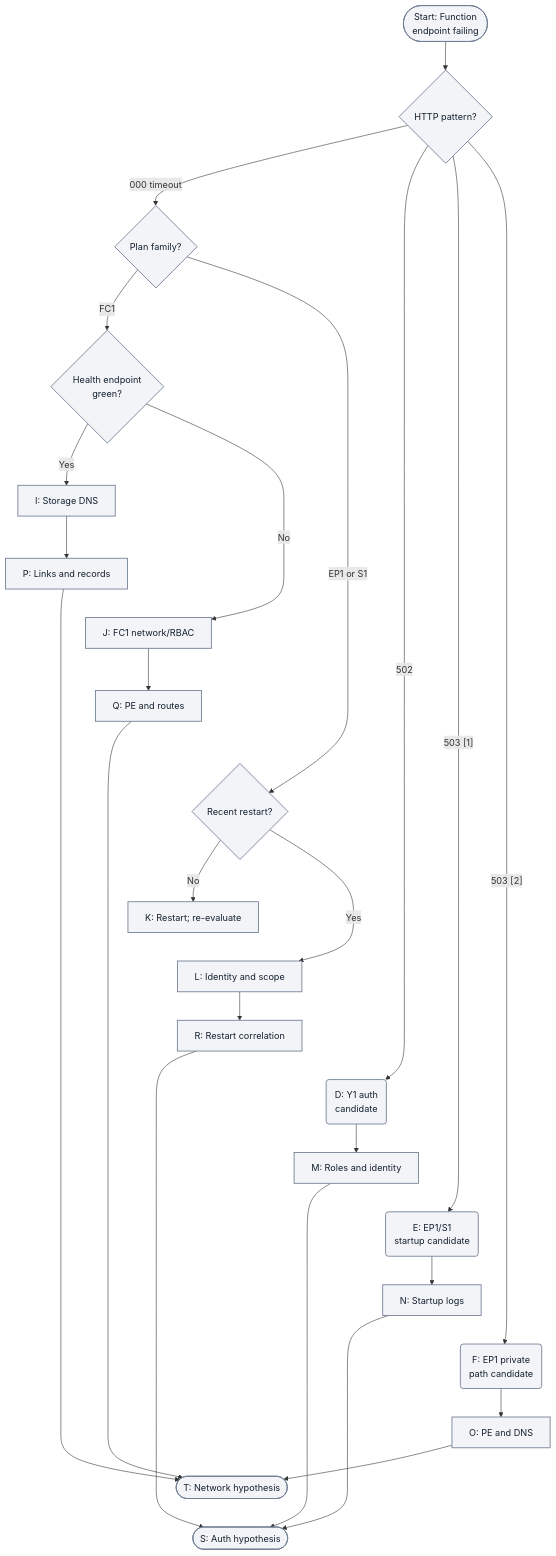
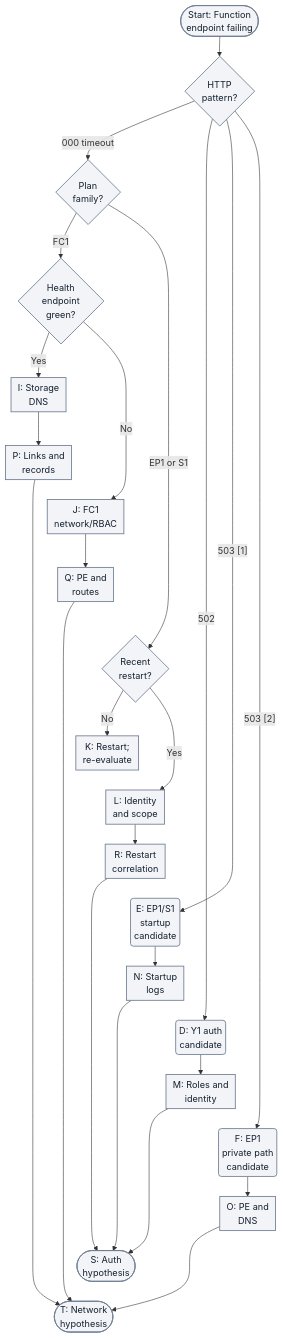
One commit to yeongseon/azure-functions-practical-guide changed the first of 2 diagrams in docs/troubleshooting/lab-guides/hosting-plan-comparison-matrix.md. Above: the diagram before and after it, drawn with Mermaid. The commit also changed other lines of this file and 1 other file, not shown here.

Commit message:
docs(diagrams): make hosting plan diagnostic tree legible on narrow screens (#569)

````diff
--- a/docs/troubleshooting/lab-guides/hosting-plan-comparison-matrix.md
+++ b/docs/troubleshooting/lab-guides/hosting-plan-comparison-matrix.md
@@ -93,45 +93,40 @@
 ```mermaid
+%%{init: {"flowchart":{"nodeSpacing":20,"rankSpacing":35,"padding":6}}}%%
 flowchart TD
     accTitle: Hosting-plan diagnostic decision tree
     accDescr: Lab-derived triage heuristic for FC1, EP1, Y1 and S1. Follow the endpoint signature, plan, health and restart branches to candidate auth or network checks; these branches do not prove a root cause.
-    A(["Start: Function<br/>endpoint failing"]) --> B{HTTP pattern?}
-    B -->|000 timeout| C{Plan family?}
+    A(["Start: Function<br/>endpoint failing"]) --> B{"HTTP<br/>pattern?"}
+    B -->|000 timeout| C{"Plan<br/>family?"}
     B -->|502| D("D: Y1 auth<br/>candidate")
-    B -->|"503 [1]"| E("E: EP1/S1<br/>startup candidate")
-    B -->|"503 [2]"| F("F: EP1 private<br/>path candidate")
-
-    C -->|FC1| G{"Health endpoint<br/>green?"}
-    C -->|EP1 or S1| H{Recent restart?}
-
-    G -->|Yes| I["I: Storage DNS"]
-    G -->|No| J["J: FC1 network/RBAC"]
-
-    H -->|No| K["K: Restart; re-evaluate"]
-    H -->|Yes| L["L: Identity and scope"]
-
-    D --> M["M: Roles and identity"]
-    E --> N["N: Startup logs"]
-    F --> O["O: PE and DNS"]
-
-    I --> P["P: Links and records"]
-    J --> Q["Q: PE and routes"]
-    L --> R["R: Restart correlation"]
-
-    M --> S(["S: Auth hypothesis"])
+    B -->|"503 [1]"| E("E: EP1/S1<br/>startup<br/>candidate")
+    B -->|"503 [2]"| F("F: EP1<br/>private path<br/>candidate")
+    C -->|FC1| G{"Health<br/>endpoint<br/>green?"}
+    C -->|EP1 or S1| H{"Recent<br/>restart?"}
+    G -->|Yes| I["I: Storage<br/>DNS"]
+    G -->|No| J["J: FC1<br/>network/RBAC"]
+    H -->|No| K["K: Restart;<br/>re-evaluate"]
+    H -->|Yes| L["L: Identity<br/>and scope"]
+    D --> M["M: Roles and<br/>identity"]
+    E --> N["N: Startup<br/>logs"]
+    F --> O["O: PE and<br/>DNS"]
+    I --> P["P: Links and<br/>records"]
+    J --> Q["Q: PE and<br/>routes"]
+    L --> R["R: Restart<br/>correlation"]
+    M --> S(["S: Auth<br/>hypothesis"])
     N --> S
-    O --> T(["T: Network hypothesis"])
+    O --> T(["T: Network<br/>hypothesis"])
     P --> T
     Q --> T
     R --> S
-    %% Layout-only links serialize checks; they add no diagnostic steps or arrows.
+    %% Layout-only links serialize checks into a narrow column; they add no diagnostic steps or arrows.
     P ~~~ J
     Q ~~~ H
     K ~~~ L
-    R ~~~ D
-    M ~~~ E
-    N ~~~ F
-    O ~~~ T
-    T ~~~ S
+    R ~~~ E
+    N ~~~ D
+    M ~~~ F
+    O ~~~ S
+    S ~~~ T
     classDef neutral fill:#f2f4f8,stroke:#707e93,stroke-width:1.5px,color:#14202e;
     class A,B,C,D,E,F,G,H,I,J,K,L,M,N,O,P,Q,R,S,T neutral;
 ```
````
